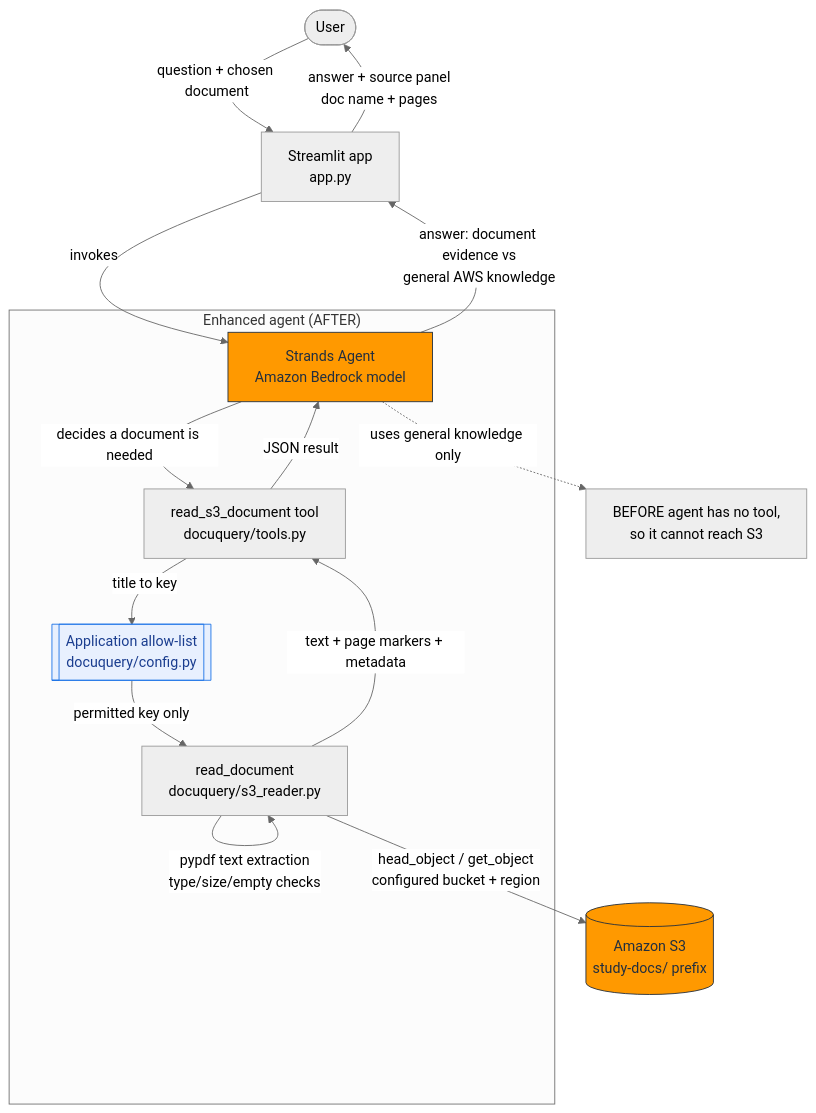
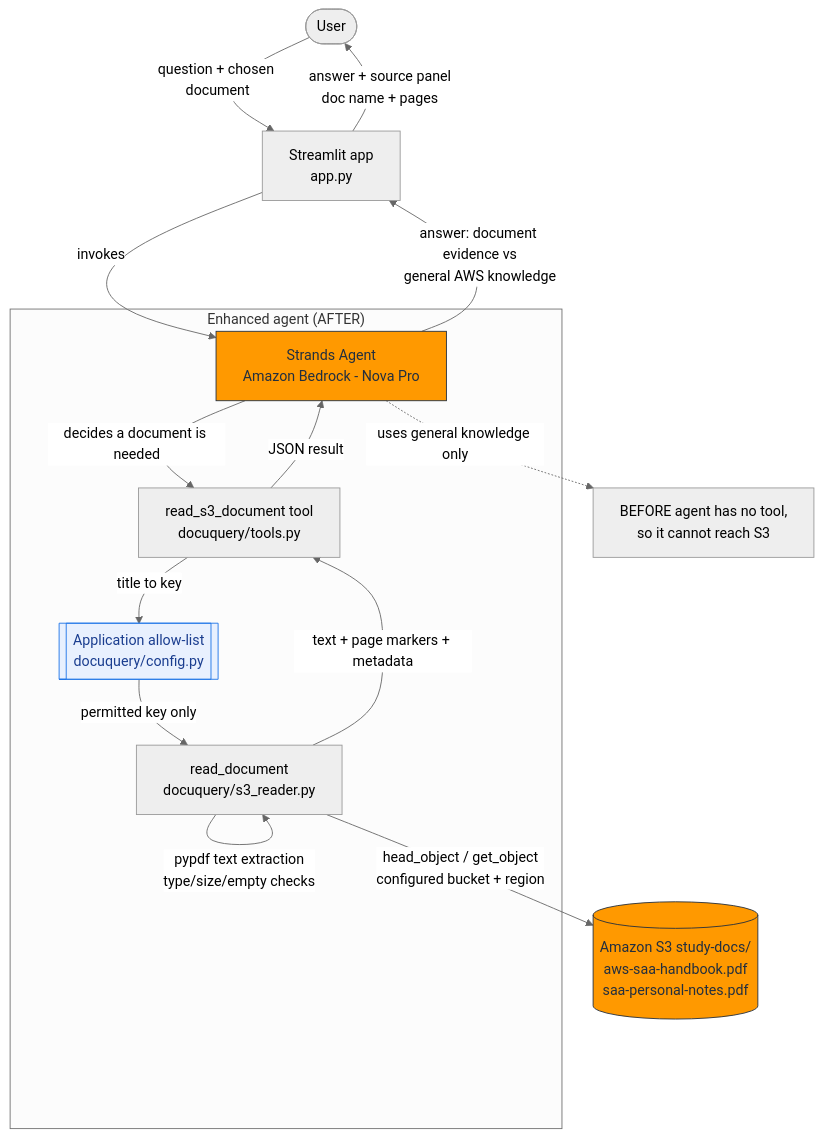
One commit to dineshrajdhanapathyDD/Build-DocuQuery-AI changed the diagram in docs/architecture.md. Above: the diagram before and after it, drawn with Mermaid (neutral theme). The commit also changed other lines of this file and 3 other files, not shown here.

Commit message:
Complete submission write-up: learnings, troubleshooting, stack, pricing, conclusion; refresh architecture diagrams

````diff
--- a/docs/architecture.md
+++ b/docs/architecture.md
@@ -5,26 +5,26 @@
 ```mermaid
 flowchart TD
     User([User]) -->|question + chosen document| UI[Streamlit app<br/>app.py]
 
-    UI -->|invokes| Agent[Strands Agent<br/>Amazon Bedrock model]
+    UI -->|invokes| Agent[Strands Agent<br/>Amazon Bedrock - Nova Pro]
 
     subgraph Enhanced["Enhanced agent (AFTER)"]
         Agent -->|decides a document is needed| Tool["read_s3_document tool<br/>docuquery/tools.py"]
         Tool -->|title to key| Allowlist[["Application allow-list<br/>docuquery/config.py"]]
         Allowlist -->|permitted key only| Reader[read_document<br/>docuquery/s3_reader.py]
     end
 
-    Reader -->|head_object / get_object<br/>configured bucket + region| S3[(Amazon S3<br/>study-docs/ prefix)]
+    Reader -->|head_object / get_object<br/>configured bucket + region| S3[(Amazon S3 study-docs/<br/>aws-saa-handbook.pdf<br/>saa-personal-notes.pdf)]
     Reader -->|pypdf text extraction<br/>type/size/empty checks| Reader
     Reader -->|text + page markers + metadata| Tool
     Tool -->|JSON result| Agent
     Agent -->|answer: document evidence vs<br/>general AWS knowledge| UI
     UI -->|answer + source panel<br/>doc name + pages| User
 
     Agent -. uses general knowledge only .-> BaseNote["BEFORE agent has no tool,<br/>so it cannot reach S3"]
 
     classDef aws fill:#ff9900,stroke:#232f3e,color:#232f3e;
     classDef guard fill:#e8f0fe,stroke:#1a73e8,color:#1a3d8f;
     class S3,Agent aws;
     class Allowlist guard;
 ```
````
